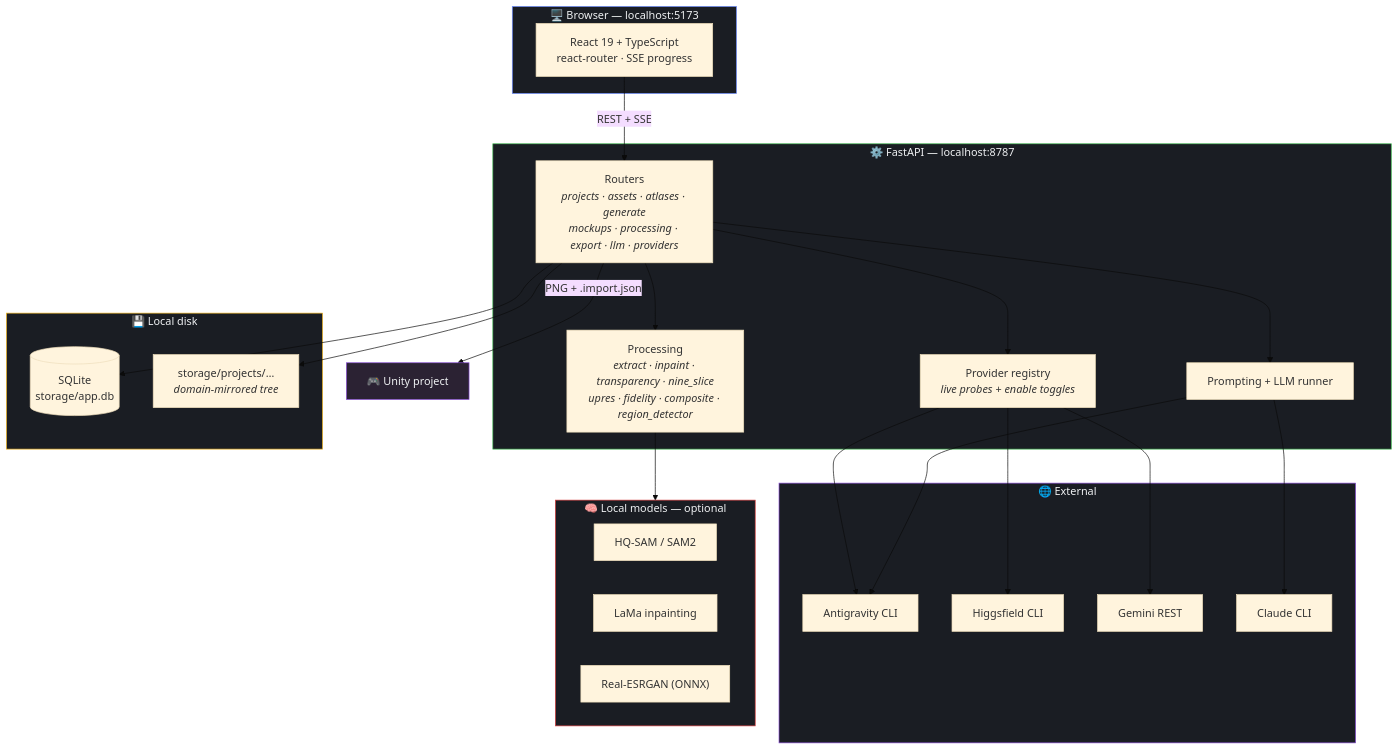
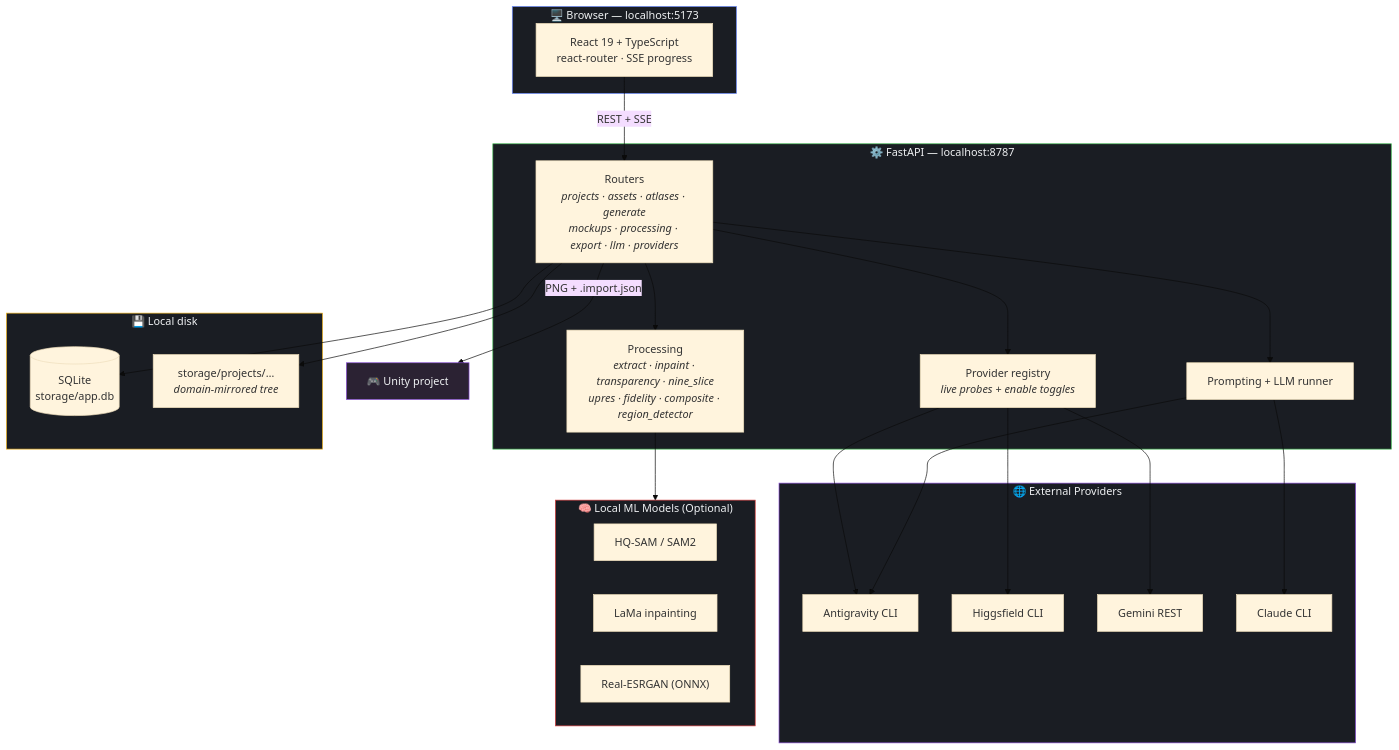
One commit to AdielMag/2d-assets-pipeline changed the second of 7 diagrams in README.md. Above: the diagram before and after it, drawn with Mermaid (base theme). The commit also changed other lines of this file, not shown here.

````diff
--- a/README.md
+++ b/README.md
@@ -315,49 +208,49 @@
 ```mermaid
 graph TB
     subgraph browser["🖥️ Browser — localhost:5173"]
         UI["React 19 + TypeScript<br/>react-router · SSE progress"]
     end
 
     subgraph server["⚙️ FastAPI — localhost:8787"]
         R["Routers<br/><i>projects · assets · atlases · generate<br/>mockups · processing · export · llm · providers</i>"]
         P["Processing<br/><i>extract · inpaint · transparency · nine_slice<br/>upres · fidelity · composite · region_detector</i>"]
         PR["Provider registry<br/><i>live probes + enable toggles</i>"]
         L["Prompting + LLM runner"]
     end
 
     subgraph data["💾 Local disk"]
         DB[("SQLite<br/>storage/app.db")]
         FS["storage/projects/…<br/><i>domain-mirrored tree</i>"]
     end
 
-    subgraph ext["🌐 External"]
+    subgraph ext["🌐 External Providers"]
         AG["Antigravity CLI"]
         HF["Higgsfield CLI"]
         GM["Gemini REST"]
         CL["Claude CLI"]
     end
 
-    subgraph ml["🧠 Local models — optional"]
+    subgraph ml["🧠 Local ML Models (Optional)"]
         SAM["HQ-SAM / SAM2"]
         LAMA["LaMa inpainting"]
         ESR["Real-ESRGAN (ONNX)"]
     end
 
     UI -->|"REST + SSE"| R
     R --> P
     R --> PR
     R --> L
     P --> ml
     PR --> AG & HF & GM
     L --> CL & AG
     R --> DB
     R --> FS
     R -->|"PNG + .import.json"| U["🎮 Unity project"]
 
     style browser fill:#1a1d23,stroke:#6c8cff,color:#eef0f2
     style server fill:#1a1d23,stroke:#3fb950,color:#eef0f2
     style data fill:#1a1d23,stroke:#f5b820,color:#eef0f2
     style ext fill:#1a1d23,stroke:#8a4fd6,color:#eef0f2
     style ml fill:#1a1d23,stroke:#d63a3a,color:#eef0f2
     style U fill:#2b2233,stroke:#8a4fd6,color:#eef0f2
 ```
````
